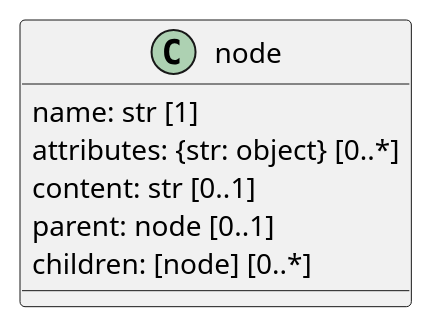
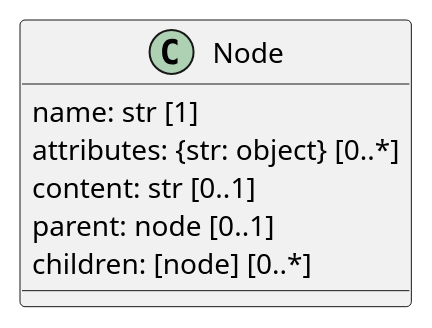
The diagram in docs/node.puml (PASTAplus/metapype-eml), drawn with PlantUML before and after one commit. The commit also changed 1 other file, not shown here.

Commit message:
Correct class name from "node" to "Node"

```diff
--- a/docs/node.puml
+++ b/docs/node.puml
@@ -1,11 +1,11 @@
 @startuml
 
-class node {
+class Node {
     name: str [1]
     attributes: {str: object} [0..*]
     content: str [0..1]
     parent: node [0..1]
     children: [node] [0..*]
 }
 
 @enduml
```
